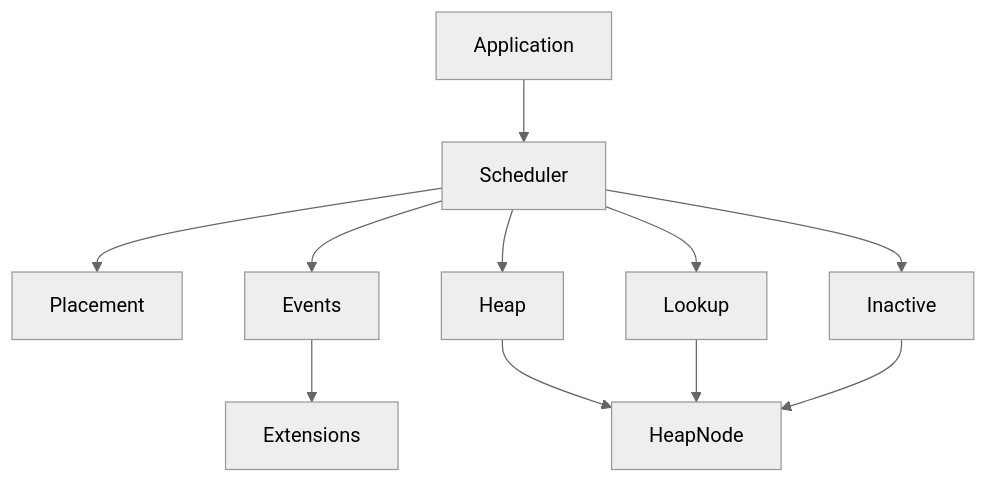
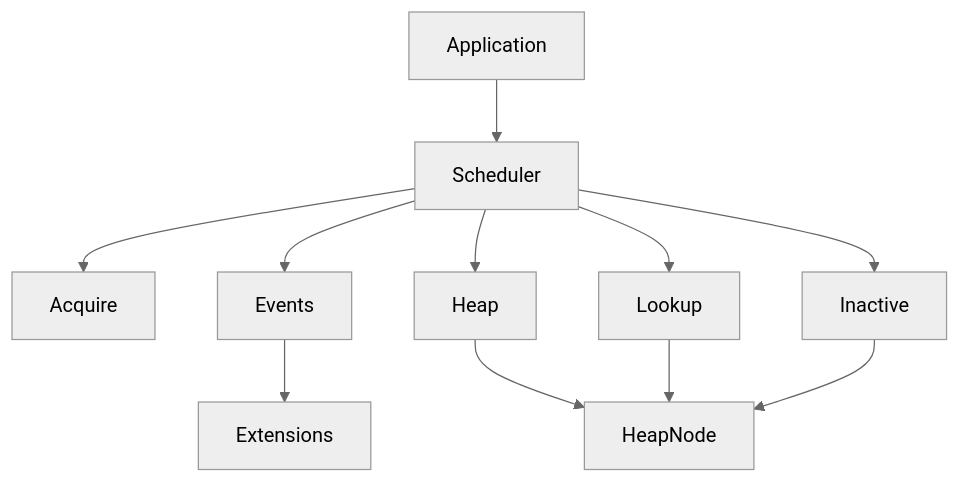
Before and after one commit to phero20/concurrent-resource-scheduler: the first of 4 diagrams in docs/ARCHITECTURE.md, drawn with Mermaid (neutral theme). The commit also changed 24 other files, not shown here.

Commit message:
refactor: rename placement package to acquire

````diff
--- a/docs/ARCHITECTURE.md
+++ b/docs/ARCHITECTURE.md
@@ -7,13 +7,13 @@
 ```mermaid
 flowchart TD
     Application --> Scheduler
-    Scheduler --> Placement
+    Scheduler --> Acquire
     Scheduler --> Events
     Scheduler --> Heap
     Scheduler --> Lookup
     Scheduler --> Inactive
     Heap --> HeapNode
     Lookup --> HeapNode
     Inactive --> HeapNode
     Events --> Extensions
 ```
````
